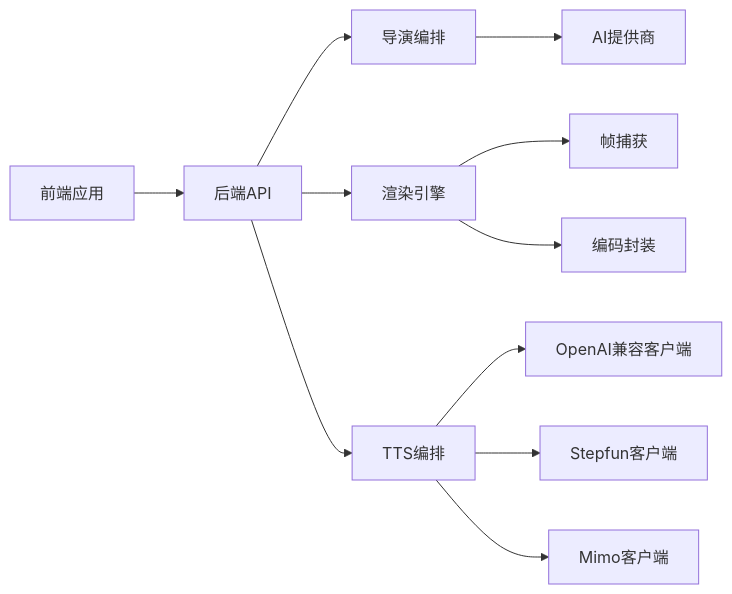
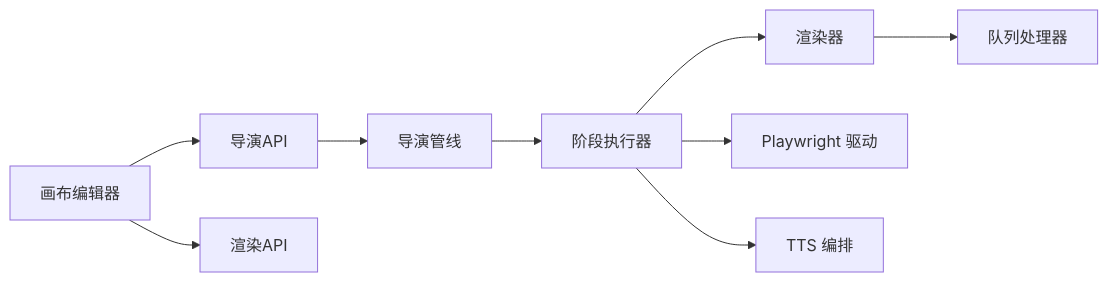
The eighth of 8 diagrams in .qoder/repowiki/zh/content/项目概述/核心功能特性/核心功能特性.md (scottcwy/PurpleInk), drawn with Mermaid before and after one commit. The commit also changed other lines of this file and 872 other files, not shown here.

````diff
--- a/.qoder/repowiki/zh/content/项目概述/核心功能特性/核心功能特性.md
+++ b/.qoder/repowiki/zh/content/项目概述/核心功能特性/核心功能特性.md
@@ -353,13 +300,11 @@
 ```mermaid
 graph LR
-FE["前端应用"] --> API["后端API"]
-API --> DIR["导演编排"]
-API --> RND["渲染引擎"]
-API --> TTS["TTS编排"]
-DIR --> AI["AI提供商"]
-RND --> CAP["帧捕获"]
-RND --> ENC["编码封装"]
-TTS --> CL1["OpenAI兼容客户端"]
-TTS --> CL2["Stepfun客户端"]
-TTS --> CL3["Mimo客户端"]
+FE_Canvas["画布编辑器"] --> API_Director["导演API"]
+FE_Canvas --> API_Render["渲染API"]
+API_Director --> Dir_Pipeline["导演管线"]
+Dir_Pipeline --> Stage_Runner["阶段执行器"]
+Stage_Runner --> Render_Renderer["渲染器"]
+Stage_Runner --> Capture_Playwright["Playwright 驱动"]
+Stage_Runner --> TTS_Orchestrate["TTS 编排"]
+Render_Renderer --> Render_Queue["队列处理器"]
 ```
````
